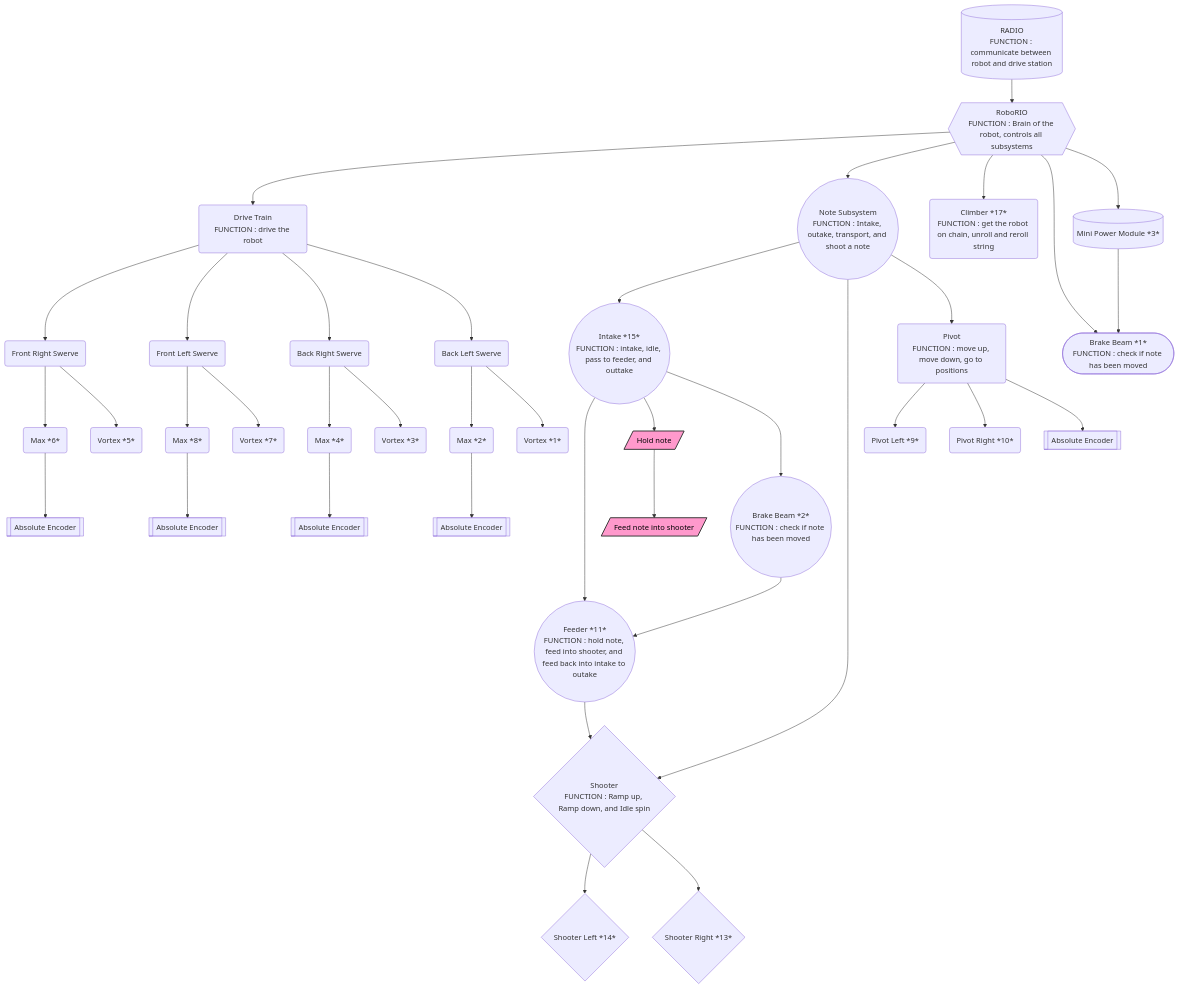
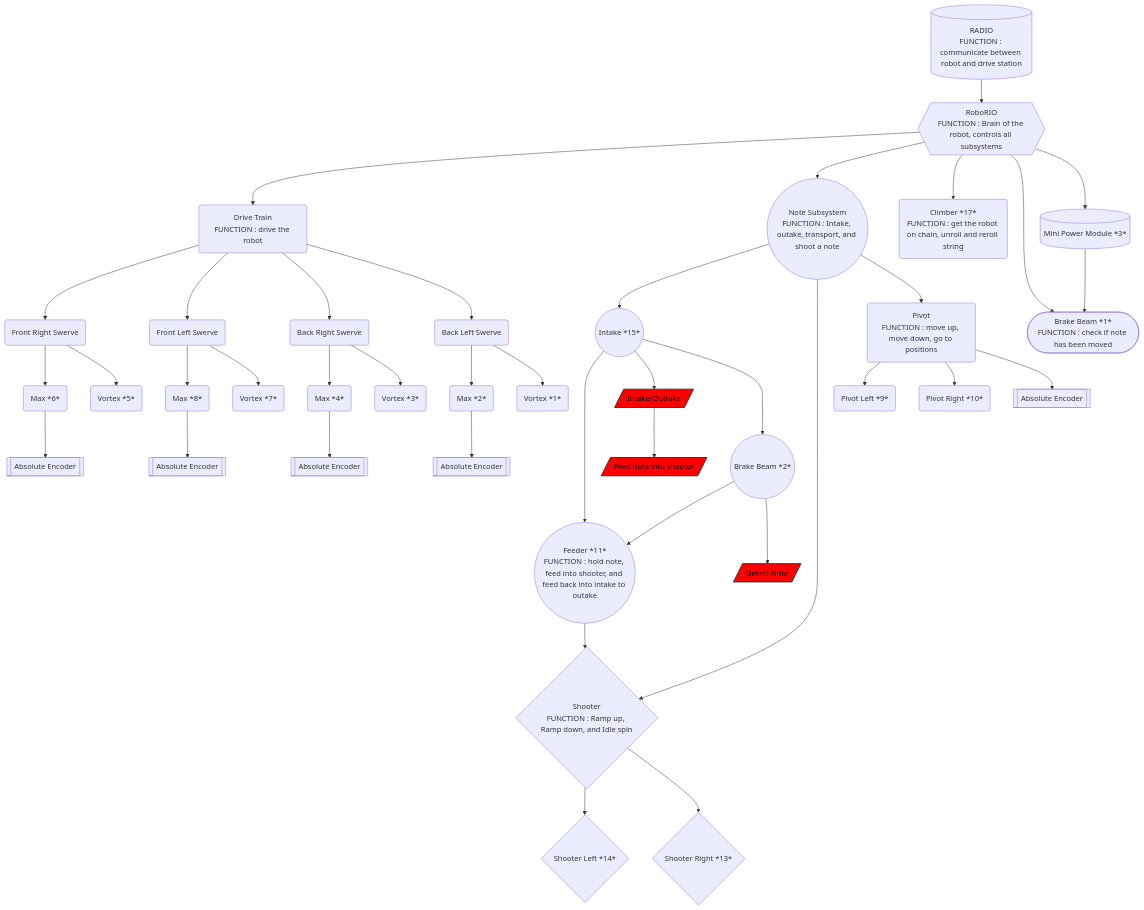
The diagram in tony_graphs.md (richardson-area-wide-robotics/Frc24-Crescendo-1745-OffSeason-AdvantageKit), drawn with Mermaid before and after one commit.

Commit message:
Break Beam and Intake functions

````diff
--- a/tony_graphs.md
+++ b/tony_graphs.md
@@ -1,54 +1,54 @@
 ```mermaid
 graph TD;
     RoboRIO{{RoboRIO
 FUNCTION : Brain of the robot, controls all subsystems}}-->DriveTrain;
     DriveTrain(Drive Train
 FUNCTION : drive the robot );
     RoboRIO-->NoteSubsystem((Note Subsystem
 FUNCTION : Intake, outake, transport, and shoot a note));
-    NoteSubsystem-->IntakeSystem((Intake *15*
-FUNCTION : intake, idle, pass to feeder, and outtake));
+    NoteSubsystem-->IntakeSystem((Intake *15*));
     NoteSubsystem-->ShooterSystem{Shooter
 FUNCTION : Ramp up, Ramp down, and Idle spin};
     ShooterSystem-->ShooterLeft{Shooter Left *14*};
     ShooterSystem-->ShooterRight{Shooter Right *13*};
     RoboRIO-->ClimberSystem(Climber *17*
 FUNCTION : get the robot on chain, unroll and reroll string);
     IntakeSystem-->FeederSystem((Feeder *11*
 FUNCTION : hold note, feed into shooter, and feed back into intake to outake))-->ShooterSystem;
 IntakeSystem-->FUNCINTAKE1;
     NoteSubsystem-->PivotSystem(Pivot
 FUNCTION : move up, move down, go to positions);
     PivotSystem-->PivotLeft(Pivot Left *9*);
     PivotSystem-->PivotRight(Pivot Right *10*);
     DriveTrain-->FrontRightSwerve(Front Right Swerve);
     DriveTrain-->FrontLeftSwerve(Front Left Swerve);
     DriveTrain-->BackRightSwerve(Back Right Swerve);
     DriveTrain-->BackLeftSwerve(Back Left Swerve);
     FrontRightSwerve-->MaxFR(Max *6*);
     FrontLeftSwerve-->MaxFL(Max *8*);
     BackRightSwerve-->MaxBR(Max *4*);
     BackLeftSwerve-->MaxBL(Max *2*);
     FrontRightSwerve-->VortexFR(Vortex *5*);
     FrontLeftSwerve-->VortexFL(Vortex *7*);
     BackRightSwerve-->VortexBR(Vortex *3*);
     BackLeftSwerve-->VortexBL(Vortex *1*);
     MaxFR-->EncoderFR[[Absolute Encoder]];
     MaxFL-->EncoderFL[[Absolute Encoder]];
     MaxBR-->EncoderBR[[Absolute Encoder]];
     MaxBL-->EncoderBL[[Absolute Encoder]];
     PivotSystem-->PivotEncoder[[Absolute Encoder]];
-    IntakeSystem--->BrakeBeamNote((Brake Beam *2*
-FUNCTION : check if note has been moved))-->FeederSystem;
+    IntakeSystem--->BrakeBeamNote((Brake Beam *2*))-->FeederSystem;
+    BrakeBeamNote-->FUNCBREAKBEAM;
     RoboRIO-->ShooterBrakeBeam([Brake Beam *1*
 FUNCTION : check if note has been moved]);
     RoboRIO-->MiniPowerModule[(Mini Power Module *3*)]-->ShooterBrakeBeam;
     RADIO[(RADIO
 FUNCTION : communicate between robot and drive station)]-->RoboRIO;
-FUNCINTAKE1[/Hold note/]-->FUNCINTAKE2;
+FUNCINTAKE1[/Intake/Outtake/]-->FUNCINTAKE2;
     FUNCINTAKE2[/Feed note into shooter/];
+FUNCBREAKBEAM[/Detect Note/];
 
-classDef fuctionStyle fill:#f9c,stroke:#333,stroke-width:2px,color:#000;
-    class FUNCINTAKE1,FUNCINTAKE2,FUNCINTAKE3 fuctionStyle;
+classDef fuctionStyle fill:#f00,stroke:#333,stroke-width:2px,color:#000;
+    class FUNCINTAKE1,FUNCINTAKE2,FUNCINTAKE3,FUNCBREAKBEAM fuctionStyle;
 
 ```
````
